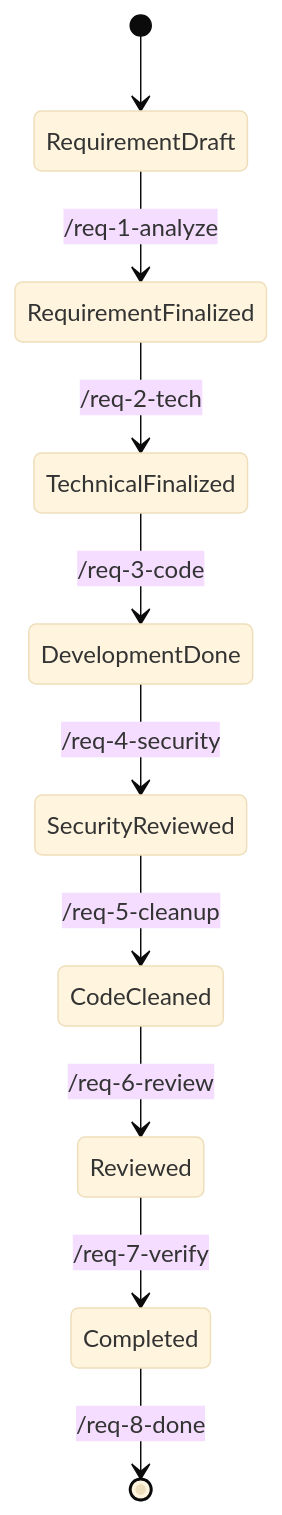
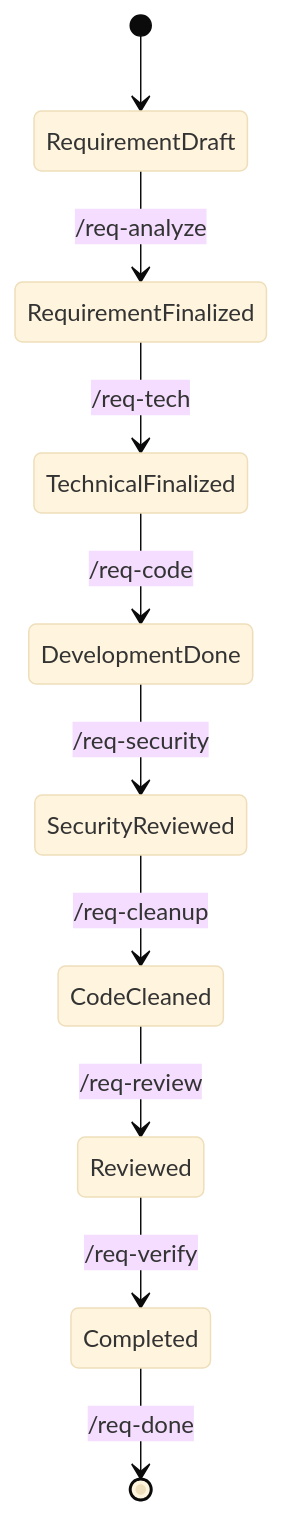
Before and after one commit to GOODDAYDAY/my-skills: the third of 5 diagrams in req-status/SKILL.md, drawn with Mermaid (base theme). The commit also changed other lines of this file and 13 other files, not shown here.

````diff
--- a/req-status/SKILL.md
+++ b/req-status/SKILL.md
@@ -38,12 +38,12 @@
 ```mermaid
 stateDiagram-v2
     [*] --> RequirementDraft
-    RequirementDraft --> RequirementFinalized: /req-1-analyze
-    RequirementFinalized --> TechnicalFinalized: /req-2-tech
-    TechnicalFinalized --> DevelopmentDone: /req-3-code
-    DevelopmentDone --> SecurityReviewed: /req-4-security
-    SecurityReviewed --> CodeCleaned: /req-5-cleanup
-    CodeCleaned --> Reviewed: /req-6-review
-    Reviewed --> Completed: /req-7-verify
-    Completed --> [*]: /req-8-done
+    RequirementDraft --> RequirementFinalized: /req-analyze
+    RequirementFinalized --> TechnicalFinalized: /req-tech
+    TechnicalFinalized --> DevelopmentDone: /req-code
+    DevelopmentDone --> SecurityReviewed: /req-security
+    SecurityReviewed --> CodeCleaned: /req-cleanup
+    CodeCleaned --> Reviewed: /req-review
+    Reviewed --> Completed: /req-verify
+    Completed --> [*]: /req-done
 ```
````
